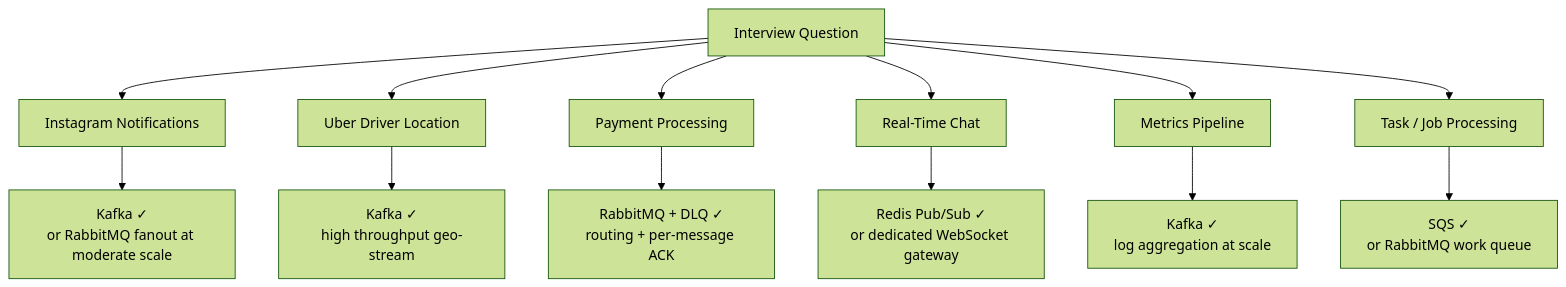
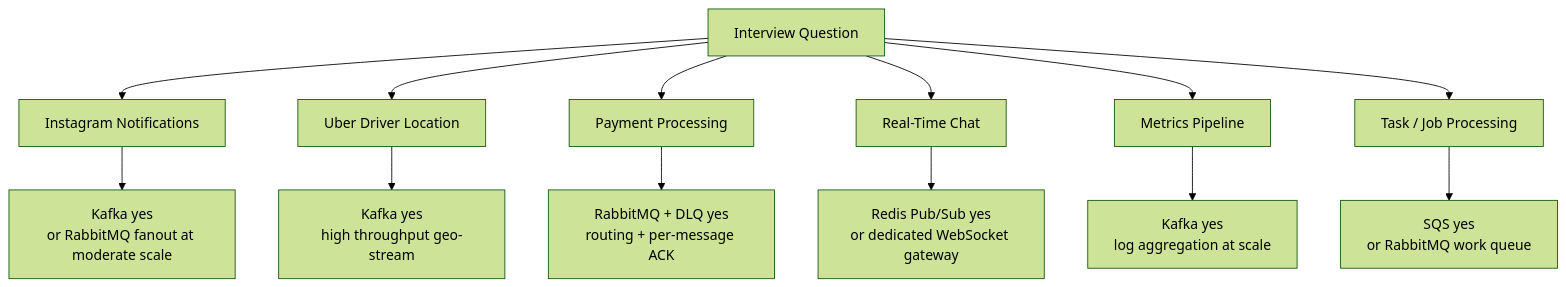
Before and after one commit to billywr/system-design: diagram 26 of 32 in 08-fundamentals/29-message-queues-patterns-comparison.md, drawn with Mermaid (forest theme). The commit also changed other lines of this file and 39 other files, not shown here.

````diff
--- a/08-fundamentals/29-message-queues-patterns-comparison.md
+++ b/08-fundamentals/29-message-queues-patterns-comparison.md
@@ -1083,16 +1083,16 @@
 ```mermaid
 flowchart TD
     Q[Interview Question] --> INSTA[Instagram Notifications]
     Q --> UBER[Uber Driver Location]
     Q --> PAY[Payment Processing]
     Q --> CHAT[Real-Time Chat]
     Q --> MET[Metrics Pipeline]
     Q --> TASK[Task / Job Processing]
 
-    INSTA --> K1[Kafka ✓<br/>or RabbitMQ fanout at moderate scale]
-    UBER --> K2[Kafka ✓<br/>high throughput geo-stream]
-    PAY --> R1[RabbitMQ + DLQ ✓<br/>routing + per-message ACK]
-    CHAT --> R2[Redis Pub/Sub ✓<br/>or dedicated WebSocket gateway]
-    MET --> K3[Kafka ✓<br/>log aggregation at scale]
-    TASK --> S1[SQS ✓<br/>or RabbitMQ work queue]
+    INSTA --> K1[Kafka yes<br/>or RabbitMQ fanout at moderate scale]
+    UBER --> K2[Kafka yes<br/>high throughput geo-stream]
+    PAY --> R1[RabbitMQ + DLQ yes<br/>routing + per-message ACK]
+    CHAT --> R2[Redis Pub/Sub yes<br/>or dedicated WebSocket gateway]
+    MET --> K3[Kafka yes<br/>log aggregation at scale]
+    TASK --> S1[SQS yes<br/>or RabbitMQ work queue]
 ```
````
